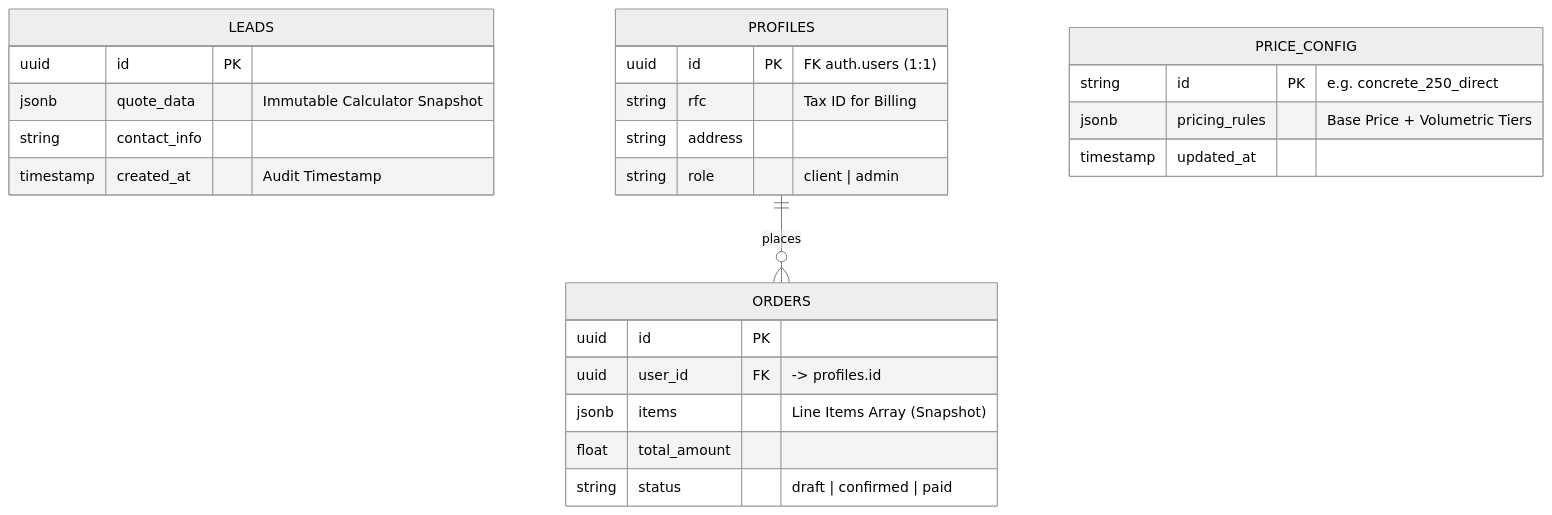
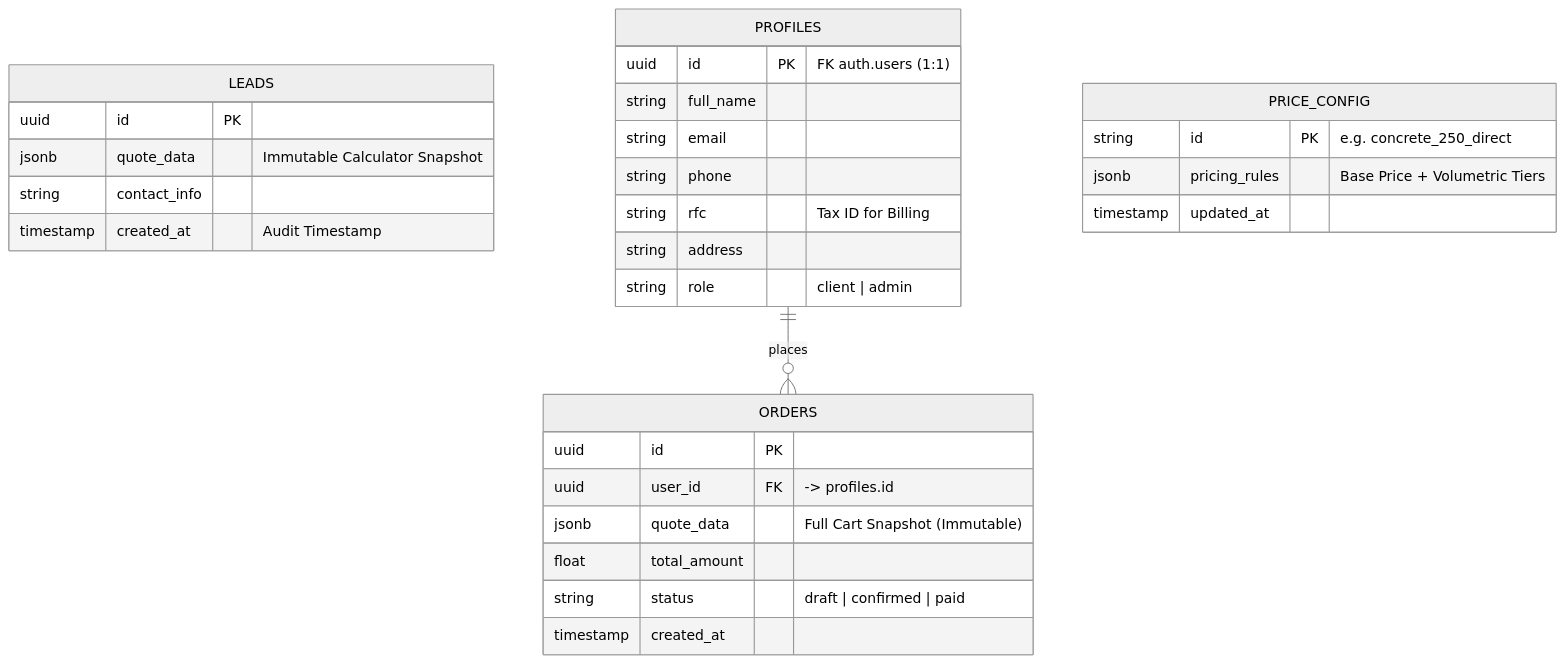
One commit to fm-dev-mx/cej-landing changed the diagram in docs/DB_SCHEMA.md. Above: the diagram before and after it, drawn with Mermaid (neutral theme). The commit also changed other lines of this file and 3 other files, not shown here.

First line of the commit message:
docs: update architecture and guides for Phase 4 SaaS platform

````diff
--- a/docs/DB_SCHEMA.md
+++ b/docs/DB_SCHEMA.md
@@ -14,29 +12,33 @@
 ```mermaid
 erDiagram
     LEADS {
         uuid id PK
         jsonb quote_data "Immutable Calculator Snapshot"
         string contact_info
         timestamp created_at "Audit Timestamp"
     }
     PROFILES {
         uuid id PK "FK auth.users (1:1)"
+        string full_name
+        string email
+        string phone
         string rfc "Tax ID for Billing"
         string address
         string role "client | admin"
     }
     ORDERS {
         uuid id PK
         uuid user_id FK "-> profiles.id"
-        jsonb items "Line Items Array (Snapshot)"
+        jsonb quote_data "Full Cart Snapshot (Immutable)"
         float total_amount
         string status "draft | confirmed | paid"
+        timestamp created_at
     }
     PRICE_CONFIG {
         string id PK "e.g. concrete_250_direct"
         jsonb pricing_rules "Base Price + Volumetric Tiers"
         timestamp updated_at
     }
 
     PROFILES ||--o{ ORDERS : places
 ```
````
